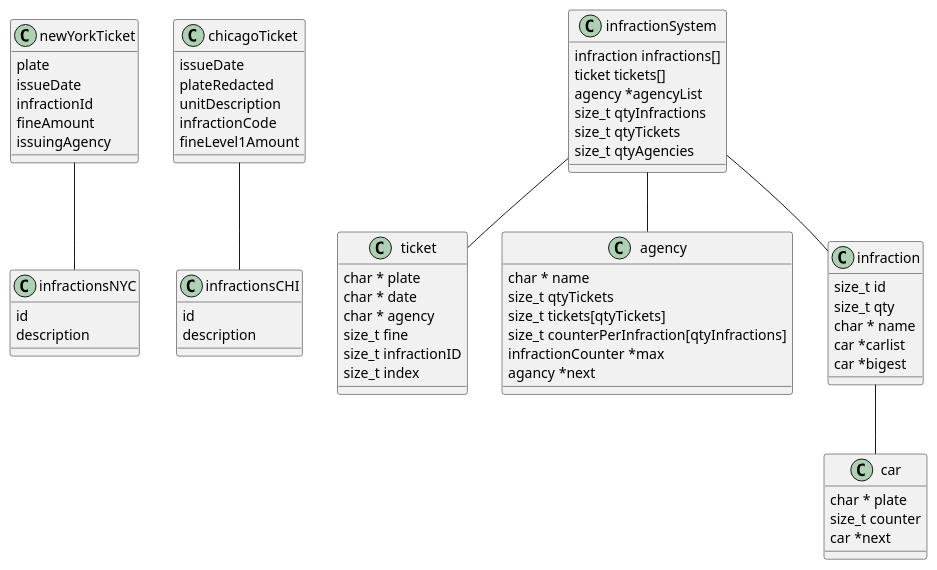
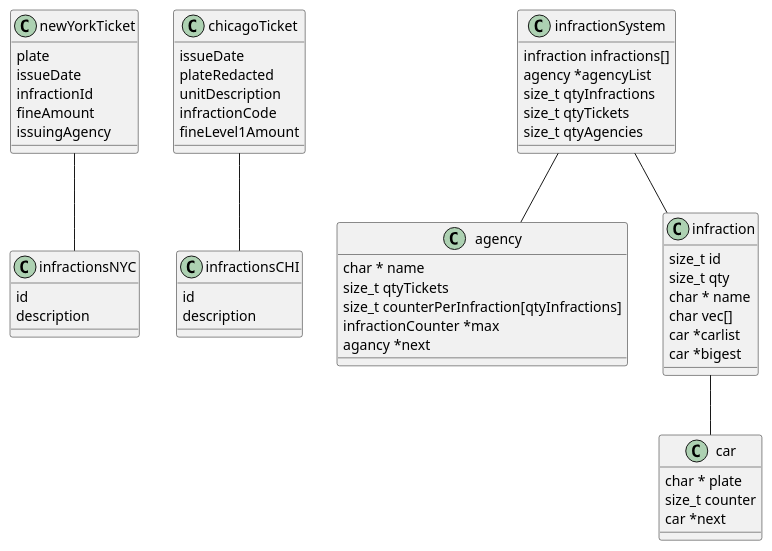
One commit to AugustoOspal/Proyecto_Final_PI changed the diagram in structure_objects.puml. Above: the diagram before and after it, drawn with PlantUML. The commit also changed 7 other files, not shown here.

```diff
--- a/structure_objects.puml
+++ b/structure_objects.puml
@@ -1,89 +1,77 @@
 @startuml
 
 class newYorkTicket
 {
     plate
     issueDate
     infractionId
     fineAmount
     issuingAgency
 }
 
 class infractionsNYC
 {
     id
     description
 }
 
 class chicagoTicket
 {
     issueDate
     plateRedacted
     unitDescription
     infractionCode
     fineLevel1Amount
 }
 
 class infractionsCHI
 {
     id
     description
 }
 
-class ticket
-{
-    char * plate
-    char * date
-    char * agency
-    size_t fine
-    size_t infractionID
-    size_t index
-}
-
 newYorkTicket -- infractionsNYC
 chicagoTicket -- infractionsCHI
 
 ' Ideas
 class car
 {
     char * plate
     size_t counter
     car *next
 }
 
 class agency
 {
     char * name
     'vector of positions for tickets in city
     size_t qtyTickets
-    size_t tickets[qtyTickets]
     size_t counterPerInfraction[qtyInfractions]
     infractionCounter *max
     agancy *next
 }
 
 class infraction
 {
     size_t id
     size_t qty
     char * name
+    char vec[]
     car *carlist
     car *bigest
 }
 
 class infractionSystem
 {
     infraction infractions[]
-    ticket tickets[]
     agency *agencyList
     size_t qtyInfractions
     size_t qtyTickets
     size_t qtyAgencies
 }
 
 infractionSystem -- agency
-infractionSystem -- ticket
 infractionSystem -- infraction
 infraction -- car
 
 @enduml
```
